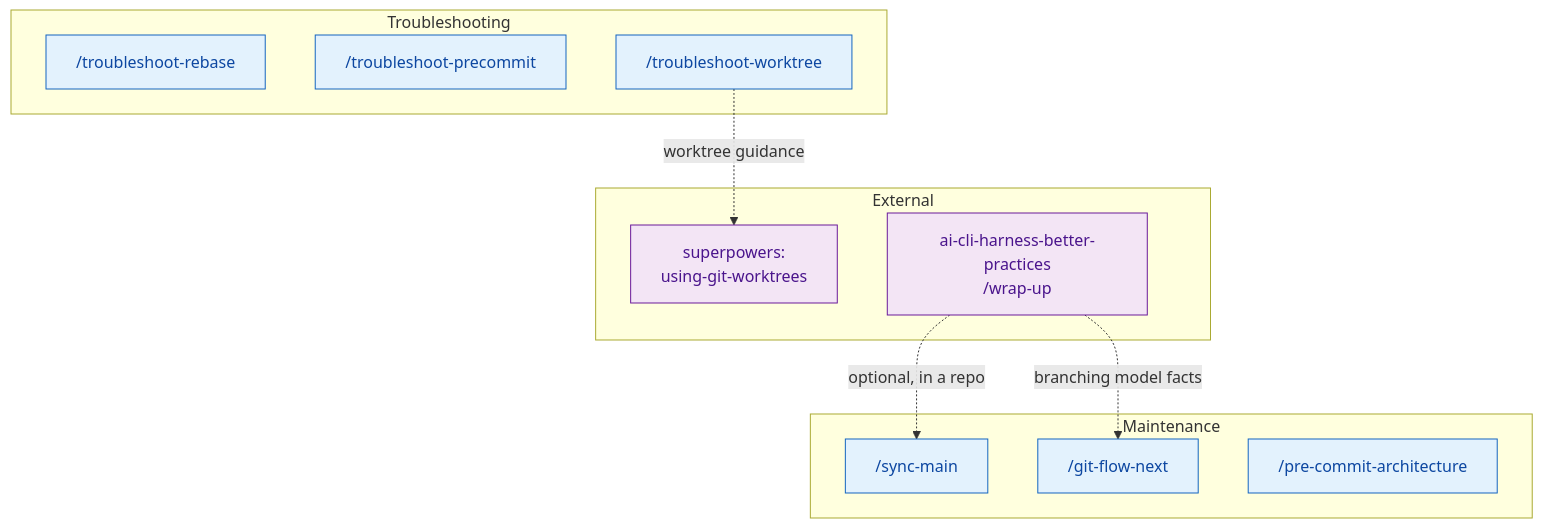
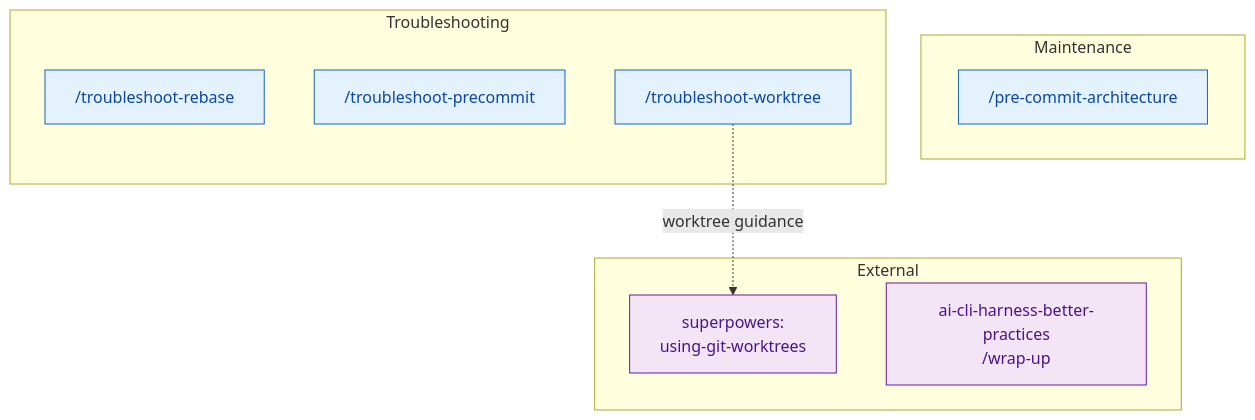
Before and after one commit to dryvist/claude-code-plugins: the first of 2 diagrams in git-workflows/ARCHITECTURE.md, drawn with Mermaid. The commit also changed other lines of this file and 22 other files, not shown here.

First line of the commit message:
feat(git-workflows): retire sync-main and git-flow-next in favor of Git Town (#653)

````diff
--- a/git-workflows/ARCHITECTURE.md
+++ b/git-workflows/ARCHITECTURE.md
@@ -16,28 +17,23 @@
 ```mermaid
 flowchart TD
     classDef ai fill:#e3f2fd,stroke:#1565c0,color:#0d47a1
     classDef external fill:#f3e5f5,stroke:#6a1b9a,color:#4a148c
 
     subgraph maintenance["Maintenance"]
-        sync_main["/sync-main"]
-        git_flow["/git-flow-next"]
         precommit_arch["/pre-commit-architecture"]
     end
 
     subgraph troubleshooting["Troubleshooting"]
         ts_rebase["/troubleshoot-rebase"]
         ts_precommit["/troubleshoot-precommit"]
         ts_worktree["/troubleshoot-worktree"]
     end
 
     subgraph external_deps["External"]
         superpowers["superpowers:\nusing-git-worktrees"]:::external
         harness["ai-cli-harness-better-practices\n/wrap-up"]:::external
     end
 
     ts_worktree -.->|"worktree guidance"| superpowers
-    harness -.->|"branching model facts"| git_flow
-    harness -.->|"optional, in a repo"| sync_main
-
-    class sync_main,git_flow,precommit_arch,ts_rebase,ts_precommit,ts_worktree ai
+    class precommit_arch,ts_rebase,ts_precommit,ts_worktree ai
 ```
````
